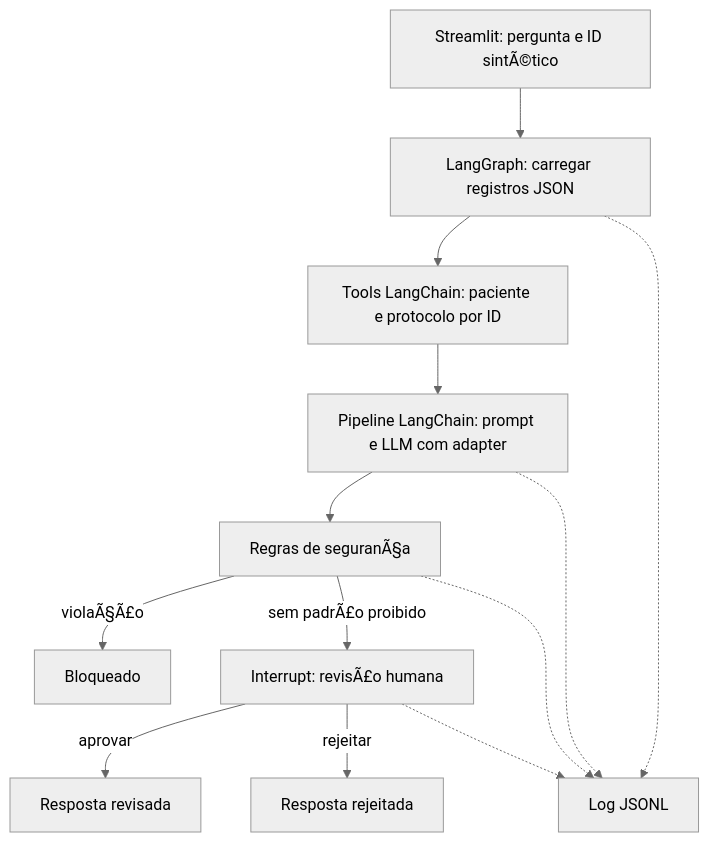
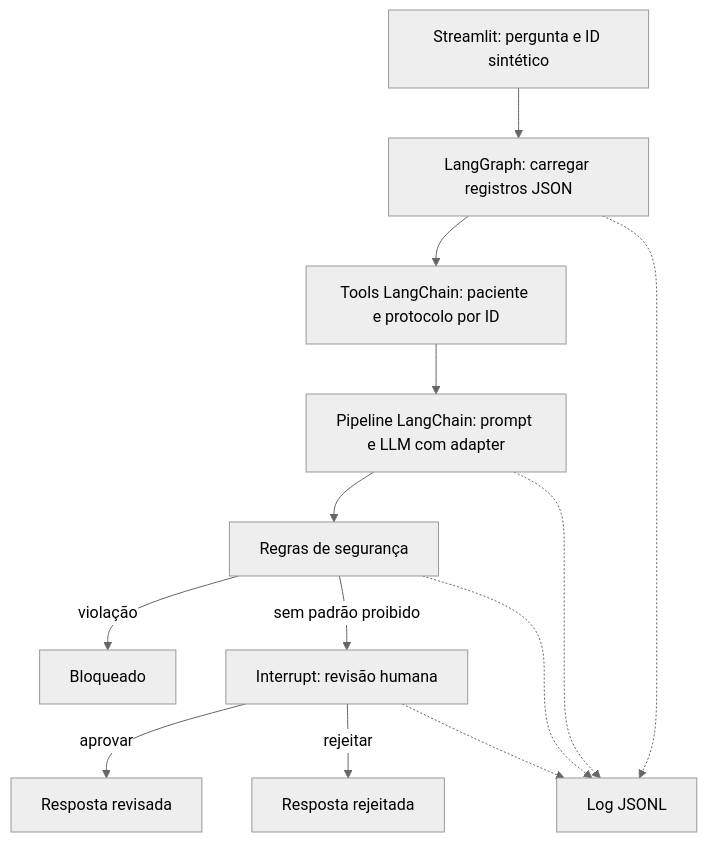
The diagram in README.md (felipepereira598-cmd/techChallenge3), drawn with Mermaid (neutral theme) before and after one commit. The commit also changed other lines of this file and 1 other file, not shown here.

````diff
--- a/README.md
+++ b/README.md
@@ -59,15 +59,15 @@
 ```mermaid
 flowchart TD
-    A[Streamlit: pergunta e ID sintÃ©tico] --> B[LangGraph: carregar registros JSON]
+    A[Streamlit: pergunta e ID sintético] --> B[LangGraph: carregar registros JSON]
     B --> C[Tools LangChain: paciente e protocolo por ID]
     C --> D[Pipeline LangChain: prompt e LLM com adapter]
-    D --> E[Regras de seguranÃ§a]
-    E -->|violaÃ§Ã£o| F[Bloqueado]
-    E -->|sem padrÃ£o proibido| G[Interrupt: revisÃ£o humana]
+    D --> E[Regras de segurança]
+    E -->|violação| F[Bloqueado]
+    E -->|sem padrão proibido| G[Interrupt: revisão humana]
     G -->|aprovar| H[Resposta revisada]
     G -->|rejeitar| I[Resposta rejeitada]
     B -.-> J[Log JSONL]
     D -.-> J
     E -.-> J
     G -.-> J
 ```
````
